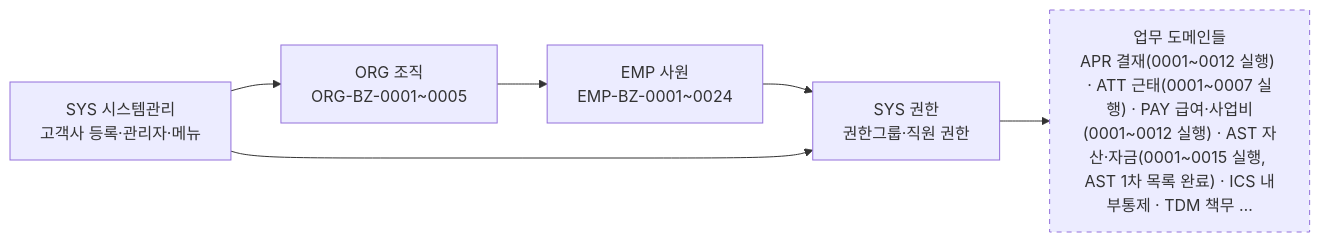
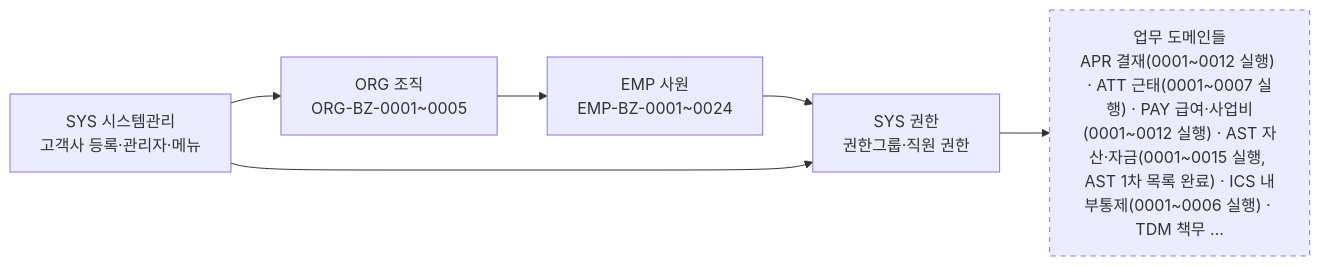
The diagram in AssetERP/docs/2-업무분석/biz-event/00-도메인Map.md (KimDoYoung/framework-sprt), drawn with Mermaid before and after one commit. The commit also changed 10 other files, not shown here.

````diff
--- a/AssetERP/docs/2-업무분석/biz-event/00-도메인Map.md
+++ b/AssetERP/docs/2-업무분석/biz-event/00-도메인Map.md
@@ -6,14 +6,14 @@
 ```mermaid
 flowchart LR
     SYS["SYS 시스템관리<br/>고객사 등록·관리자·메뉴"]
     ORG["ORG 조직<br/>ORG-BZ-0001~0005"]
     EMP["EMP 사원<br/>EMP-BZ-0001~0024"]
     AUTH["SYS 권한<br/>권한그룹·직원 권한"]
-    WORK["업무 도메인들<br/>APR 결재(0001~0012 실행) · ATT 근태(0001~0007 실행) · PAY 급여·사업비(0001~0012 실행) · AST 자산·자금(0001~0015 실행, AST 1차 목록 완료) · ICS 내부통제 · TDM 책무 …"]
+    WORK["업무 도메인들<br/>APR 결재(0001~0012 실행) · ATT 근태(0001~0007 실행) · PAY 급여·사업비(0001~0012 실행) · AST 자산·자금(0001~0015 실행, AST 1차 목록 완료) · ICS 내부통제(0001~0006 실행) · TDM 책무 …"]
 
     SYS --> ORG --> EMP --> AUTH --> WORK
     SYS --> AUTH
 
     classDef todo stroke-dasharray: 5 5
     class WORK todo
 ```
````
